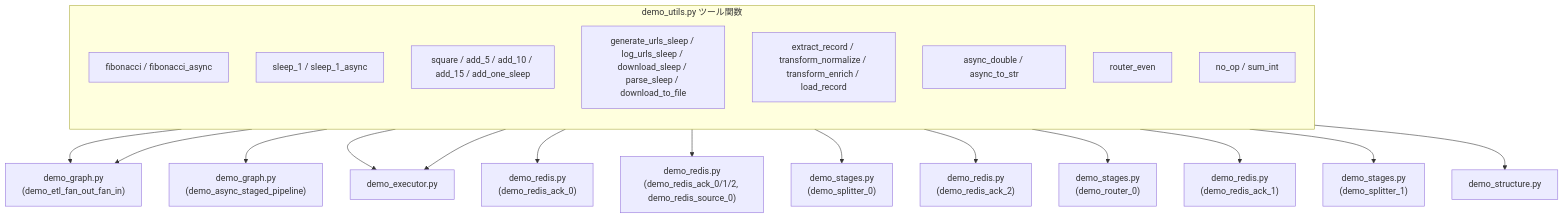
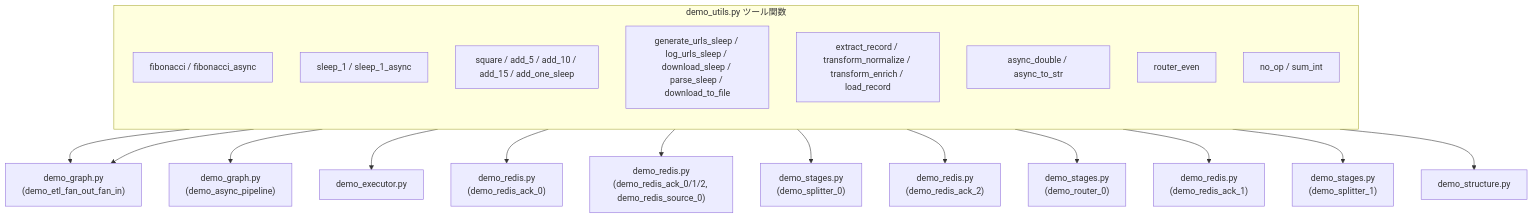
Before and after one commit to Mr-xiaotian/CelestialFlow: the diagram in docs/ja/demo/demo_utils.md, drawn with Mermaid. The commit also changed other lines of this file and 233 other files, not shown here.

````diff
--- a/docs/ja/demo/demo_utils.md
+++ b/docs/ja/demo/demo_utils.md
@@ -13,28 +13,27 @@
 ```mermaid
 flowchart TD
     subgraph Utils["demo_utils.py ツール関数"]
         direction TB
         Fib["fibonacci / fibonacci_async"]
         Sleep1["sleep_1 / sleep_1_async"]
         Compute["square / add_5 / add_10 / add_15 / add_one_sleep"]
         Url["generate_urls_sleep / log_urls_sleep / download_sleep / parse_sleep / download_to_file"]
         ETL["extract_record / transform_normalize / transform_enrich / load_record"]
         Async["async_double / async_to_str"]
         Router["router_even"]
         Misc["no_op / sum_int"]
     end
 
     ETL --> Graph["demo_graph.py<br/>(demo_etl_fan_out_fan_in)"]
     Async --> Graph
-    Async --> GraphAsync["demo_graph.py<br/>(demo_async_staged_pipeline)"]
-    Fib --> Executor["demo_executor.py"]
+    Async --> GraphAsync["demo_graph.py<br/>(demo_async_pipeline)"]
     Fib --> Executor["demo_executor.py"]
     Fib --> Redis0["demo_redis.py<br/>(demo_redis_ack_0)"]
     Sleep1 --> RedisDemo["demo_redis.py<br/>(demo_redis_ack_0/1/2, demo_redis_source_0)"]
     Url --> StagesSplitter0["demo_stages.py<br/>(demo_splitter_0)"]
     Url --> Redis2["demo_redis.py<br/>(demo_redis_ack_2)"]
     Router --> StagesRouter0["demo_stages.py<br/>(demo_router_0)"]
     Misc --> Redis1["demo_redis.py<br/>(demo_redis_ack_1)"]
     Misc --> StagesSplitter1["demo_stages.py<br/>(demo_splitter_1)"]
     Compute --> Structure["demo_structure.py"]
 ```
````
